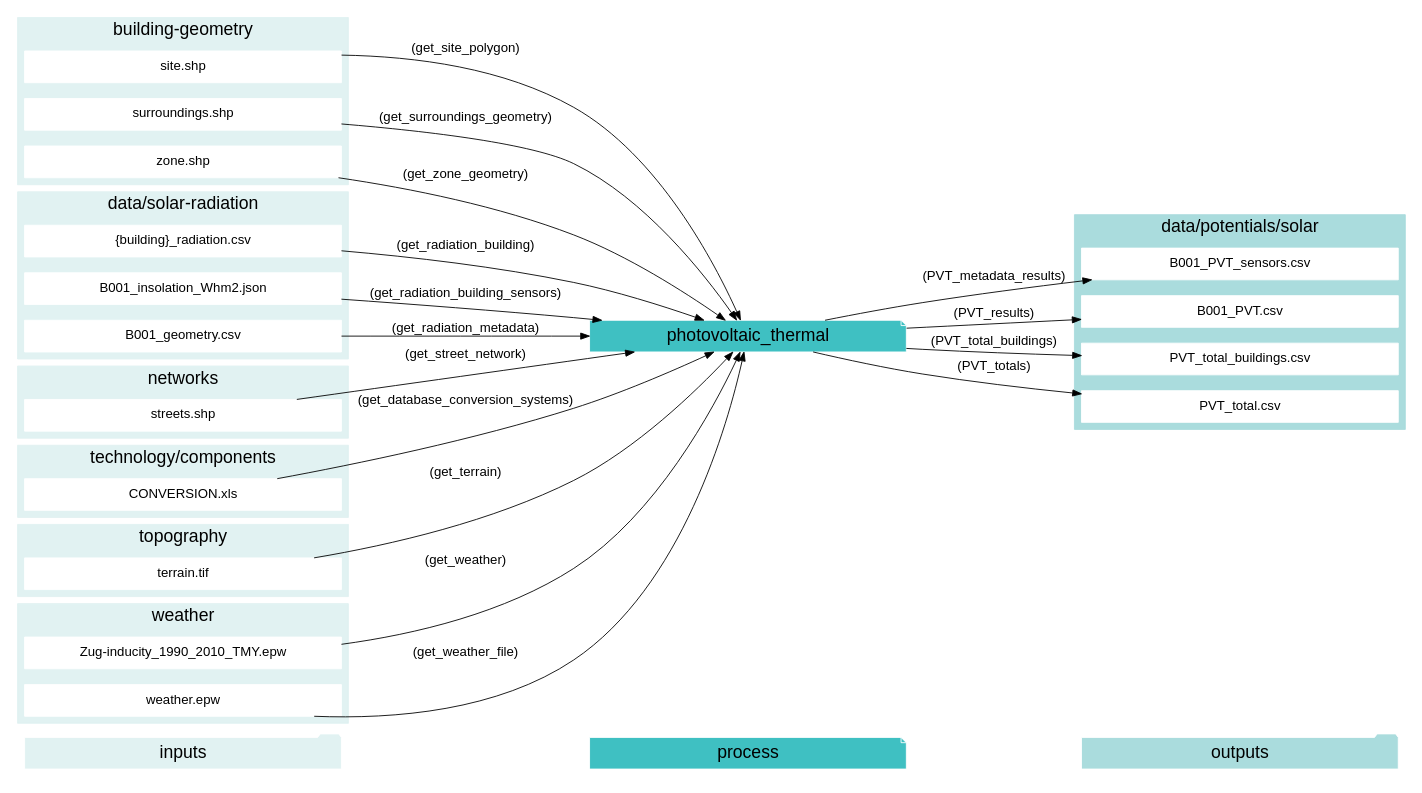
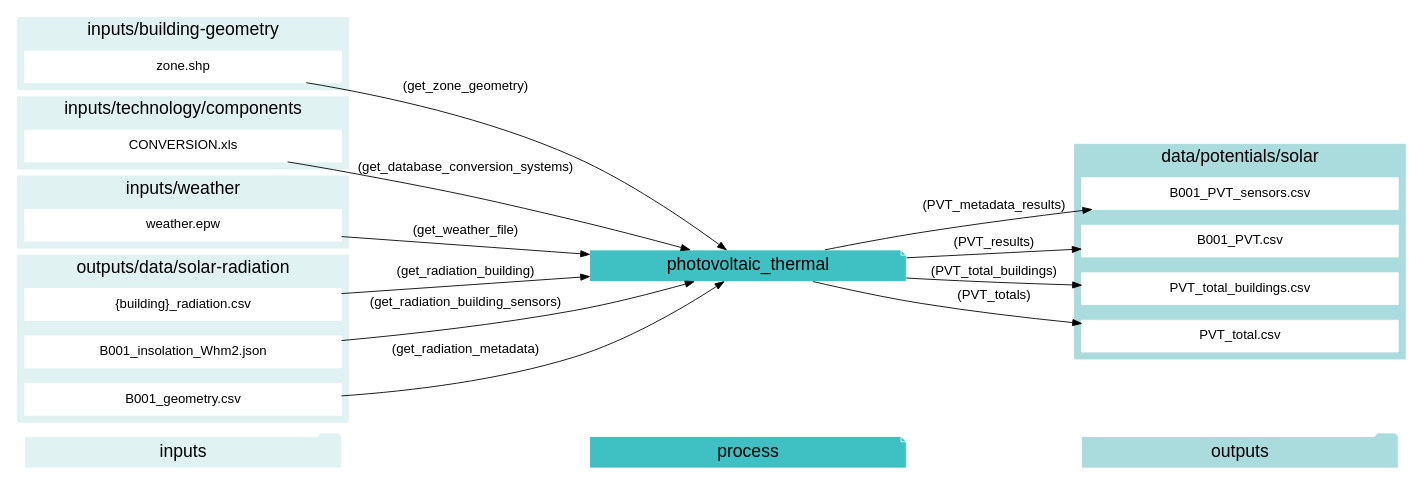
One commit to architecture-building-systems/CityEnergyAnalyst changed the eighth of 23 diagrams in docs/script-data-flow.rst. Above: the diagram before and after it, drawn with Graphviz. The commit also changed other lines of this file and 25 other files, not shown here.

Commit message:
cleaning up cea-doc graphviz

```diff
--- a/docs/script-data-flow.rst
+++ b/docs/script-data-flow.rst
@@ -685,6 +491,6 @@
 .. graphviz::
 
-    digraph trace_inputlocator {
+    digraph photovoltaic_thermal {
     rankdir="LR";
     graph [overlap=false, fontname=arial];
     node [shape=box, style=filled, color=white, fontsize=15, fontname=arial, fixedsize=true, width=5];
@@ -700,17 +506,7 @@
     "process"->"outputs"[style=invis]
     }
     "photovoltaic_thermal"[style=filled, color=white, fillcolor="#3FC0C2", shape=note, fontsize=20, fontname=arial];
-    subgraph cluster_0_in {
-        style = filled;
-        color = "#E1F2F2";
-        fontsize = 20;
-        rank=same;
-        label="building-geometry";
-        "site.shp"
-        "surroundings.shp"
-        "zone.shp"
-    }
-    subgraph cluster_1_out {
+    subgraph cluster_0_out {
         style = filled;
         color = "#aadcdd";
         fontsize = 20;
@@ -721,58 +517,44 @@
         "PVT_total_buildings.csv"
         "PVT_total.csv"
     }
+    subgraph cluster_1_in {
+        style = filled;
+        color = "#E1F2F2";
+        fontsize = 20;
+        rank=same;
+        label="inputs/building-geometry";
+        "zone.shp"
+    }
     subgraph cluster_2_in {
         style = filled;
         color = "#E1F2F2";
         fontsize = 20;
         rank=same;
-        label="data/solar-radiation";
-        "{building}_radiation.csv"
-        "B001_insolation_Whm2.json"
-        "B001_geometry.csv"
+        label="inputs/technology/components";
+        "CONVERSION.xls"
     }
     subgraph cluster_3_in {
         style = filled;
         color = "#E1F2F2";
         fontsize = 20;
         rank=same;
-        label="networks";
-        "streets.shp"
+        label="inputs/weather";
+        "weather.epw"
     }
     subgraph cluster_4_in {
         style = filled;
         color = "#E1F2F2";
         fontsize = 20;
         rank=same;
-        label="technology/components";
-        "CONVERSION.xls"
-    }
-    subgraph cluster_5_in {
-        style = filled;
-        color = "#E1F2F2";
-        fontsize = 20;
-        rank=same;
-        label="topography";
-        "terrain.tif"
-    }
-    subgraph cluster_6_in {
-        style = filled;
-        color = "#E1F2F2";
-        fontsize = 20;
-        rank=same;
-        label="weather";
-        "Zug-inducity_1990_2010_TMY.epw"
-        "weather.epw"
+        label="outputs/data/solar-radiation";
+        "{building}_radiation.csv"
+        "B001_insolation_Whm2.json"
+        "B001_geometry.csv"
     }
     "CONVERSION.xls" -> "photovoltaic_thermal"[label="(get_database_conversion_systems)"]
     "{building}_radiation.csv" -> "photovoltaic_thermal"[label="(get_radiation_building)"]
     "B001_insolation_Whm2.json" -> "photovoltaic_thermal"[label="(get_radiation_building_sensors)"]
     "B001_geometry.csv" -> "photovoltaic_thermal"[label="(get_radiation_metadata)"]
-    "site.shp" -> "photovoltaic_thermal"[label="(get_site_polygon)"]
-    "streets.shp" -> "photovoltaic_thermal"[label="(get_street_network)"]
-    "surroundings.shp" -> "photovoltaic_thermal"[label="(get_surroundings_geometry)"]
-    "terrain.tif" -> "photovoltaic_thermal"[label="(get_terrain)"]
-    "Zug-inducity_1990_2010_TMY.epw" -> "photovoltaic_thermal"[label="(get_weather)"]
     "weather.epw" -> "photovoltaic_thermal"[label="(get_weather_file)"]
     "zone.shp" -> "photovoltaic_thermal"[label="(get_zone_geometry)"]
     "photovoltaic_thermal" -> "B001_PVT_sensors.csv"[label="(PVT_metadata_results)"]
```
